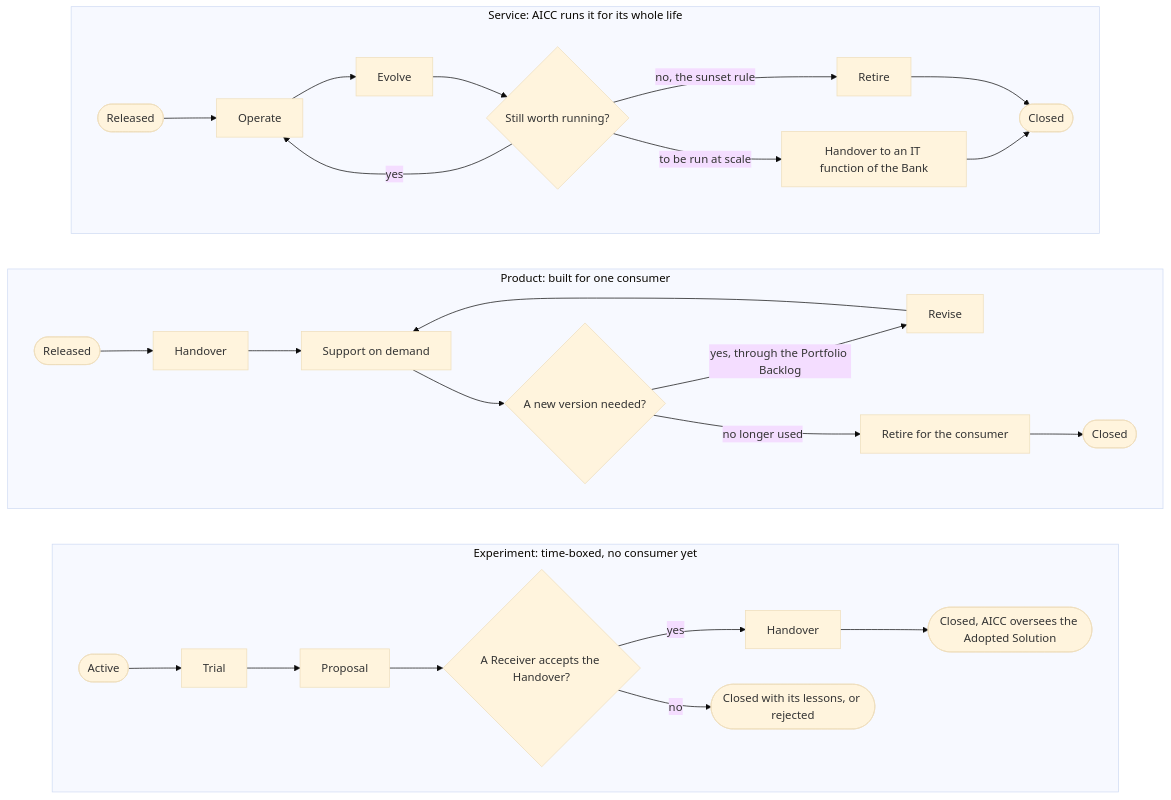
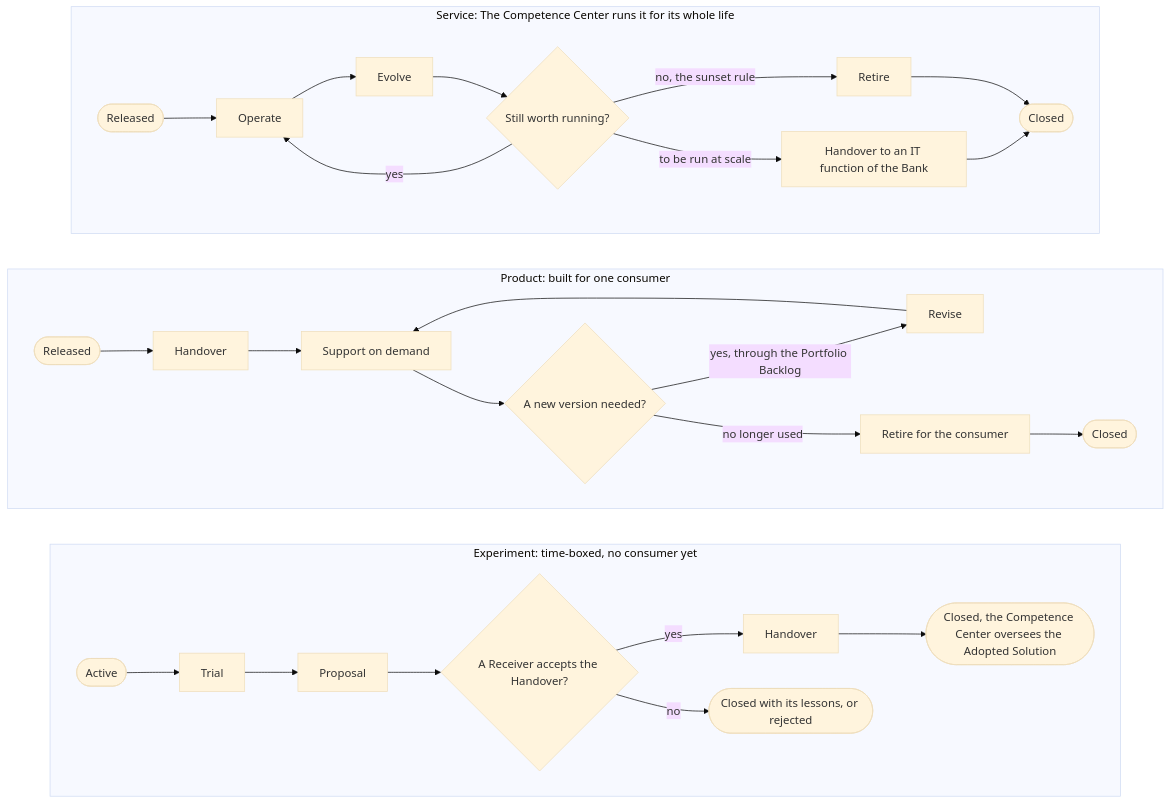
Before and after one commit to devhogu/ob-aicc: the ninth of 13 diagrams in charter/en/documents/solution-lifecycle-model.md, drawn with Mermaid (base theme). The commit also changed other lines of this file and 1149 other files, not shown here.

First line of the commit message:
The name Competence Center: AICC stays only as a code (DR-2026-066)

````diff
--- a/charter/en/documents/solution-lifecycle-model.md
+++ b/charter/en/documents/solution-lifecycle-model.md
@@ -386,24 +386,24 @@
 ```mermaid
 flowchart TB
-  subgraph SERVICE["Service: AICC runs it for its whole life"]
+  subgraph SERVICE["Service: The Competence Center runs it for its whole life"]
     direction LR
     V0(["Released"]) --> V1["Operate"] --> V2["Evolve"] --> VC{"Still worth running?"}
     VC -->|yes| V1
     VC -->|no, the sunset rule| V3["Retire"] --> V4(["Closed"])
     VC -->|to be run at scale| V5["Handover to an IT function of the Bank"] --> V4
   end
   subgraph PRODUCT["Product: built for one consumer"]
     direction LR
     P0(["Released"]) --> P1["Handover"] --> P2["Support on demand"] --> PC{"A new version needed?"}
     PC -->|yes, through the Portfolio Backlog| P3["Revise"] --> P2
     PC -->|no longer used| P4["Retire for the consumer"] --> P5(["Closed"])
   end
   subgraph EXPERIMENT["Experiment: time-boxed, no consumer yet"]
     direction LR
     E0(["Active"]) --> E1["Trial"] --> E2["Proposal"] --> EC{"A Receiver accepts the Handover?"}
-    EC -->|yes| E3["Handover"] --> E4(["Closed, AICC oversees the Adopted Solution"])
+    EC -->|yes| E3["Handover"] --> E4(["Closed, the Competence Center oversees the Adopted Solution"])
     EC -->|no| E5(["Closed with its lessons, or rejected"])
   end
   SERVICE ~~~ PRODUCT
   PRODUCT ~~~ EXPERIMENT
 ```
````
